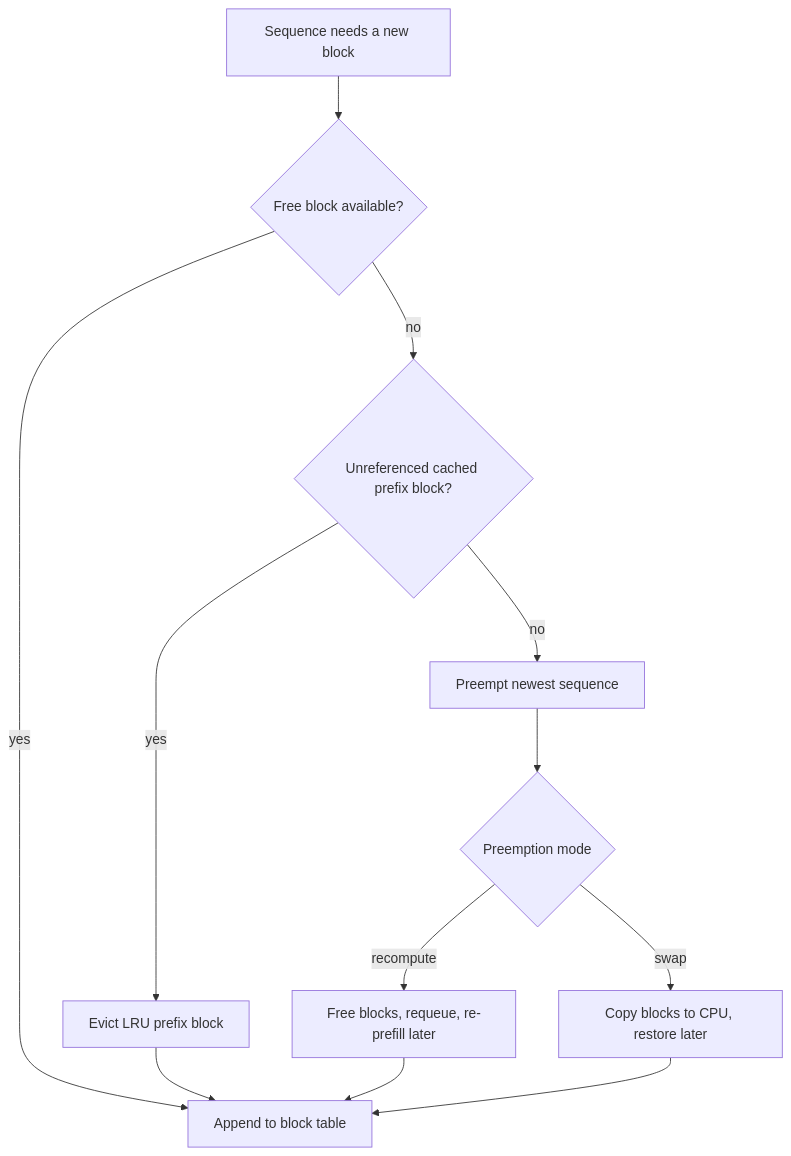
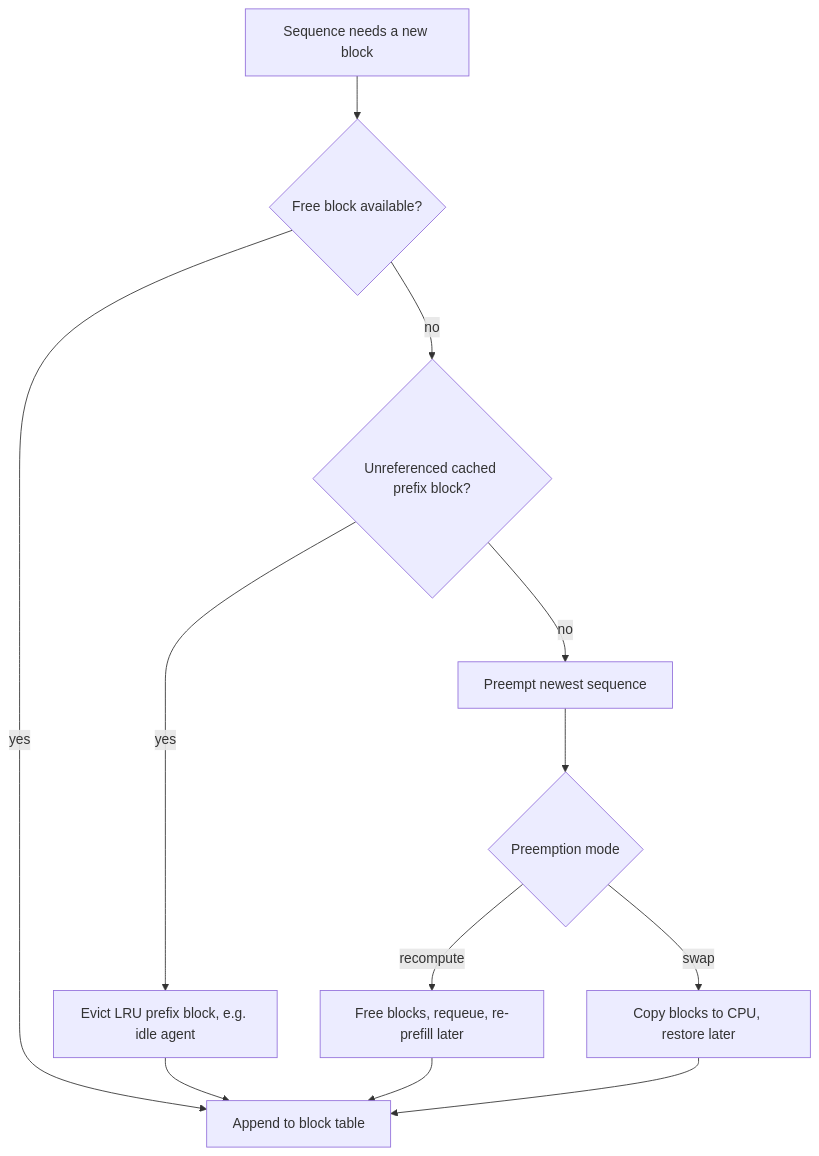
One commit to lovishmahajan97/agentic-learning changed the diagram in content/serving-inference/kv-cache-paging-and-eviction.md. Above: the diagram before and after it, drawn with Mermaid. The commit also changed other lines of this file and 266 other files, not shown here.

````diff
--- a/content/serving-inference/kv-cache-paging-and-eviction.md
+++ b/content/serving-inference/kv-cache-paging-and-eviction.md
@@ -120,14 +140,14 @@
 ```mermaid
 flowchart TD
     N["Sequence needs a new block"] --> F{"Free block available?"}
     F -->|"yes"| A["Append to block table"]
     F -->|"no"| C{"Unreferenced cached prefix block?"}
-    C -->|"yes"| E["Evict LRU prefix block"]
+    C -->|"yes"| E["Evict LRU prefix block, e.g. idle agent"]
     E --> A
     C -->|"no"| P["Preempt newest sequence"]
     P --> M{"Preemption mode"}
     M -->|"recompute"| R["Free blocks, requeue, re-prefill later"]
     M -->|"swap"| S["Copy blocks to CPU, restore later"]
     R --> A
     S --> A
 ```
````
